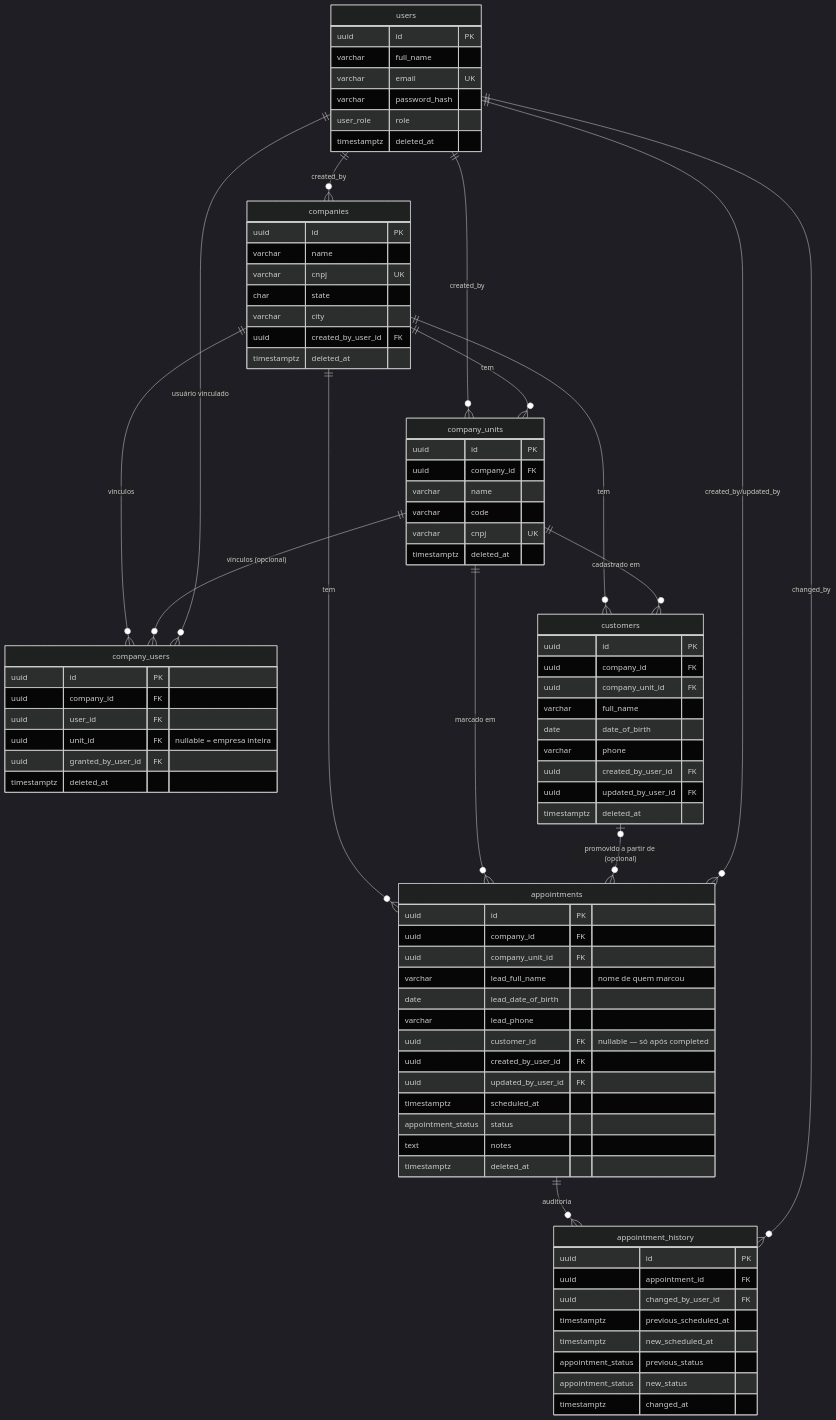
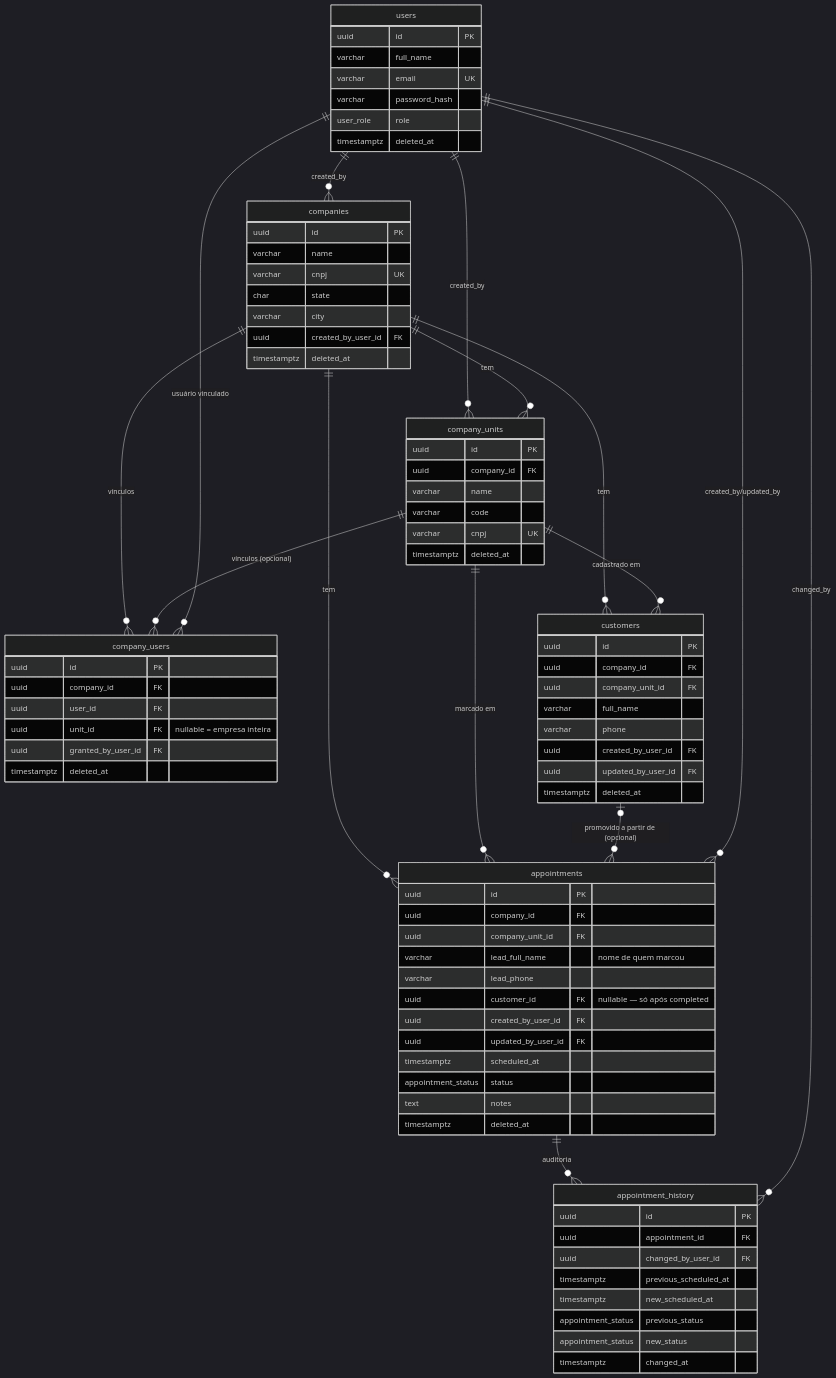
The diagram in docs/ARCHITECTURE.md (phaselab1/OticaLabV1-API), drawn with Mermaid (dark theme) before and after one commit. The commit also changed other lines of this file and 16 other files, not shown here.

```diff
--- a/docs/ARCHITECTURE.md
+++ b/docs/ARCHITECTURE.md
@@ -154,7 +154,6 @@
         uuid company_id FK
         uuid company_unit_id FK
         varchar full_name
-        date date_of_birth
         varchar phone
         uuid created_by_user_id FK
         uuid updated_by_user_id FK
@@ -165,7 +164,6 @@
         uuid company_id FK
         uuid company_unit_id FK
         varchar lead_full_name "nome de quem marcou"
-        date lead_date_of_birth
         varchar lead_phone
         uuid customer_id FK "nullable — só após completed"
         uuid created_by_user_id FK
```
